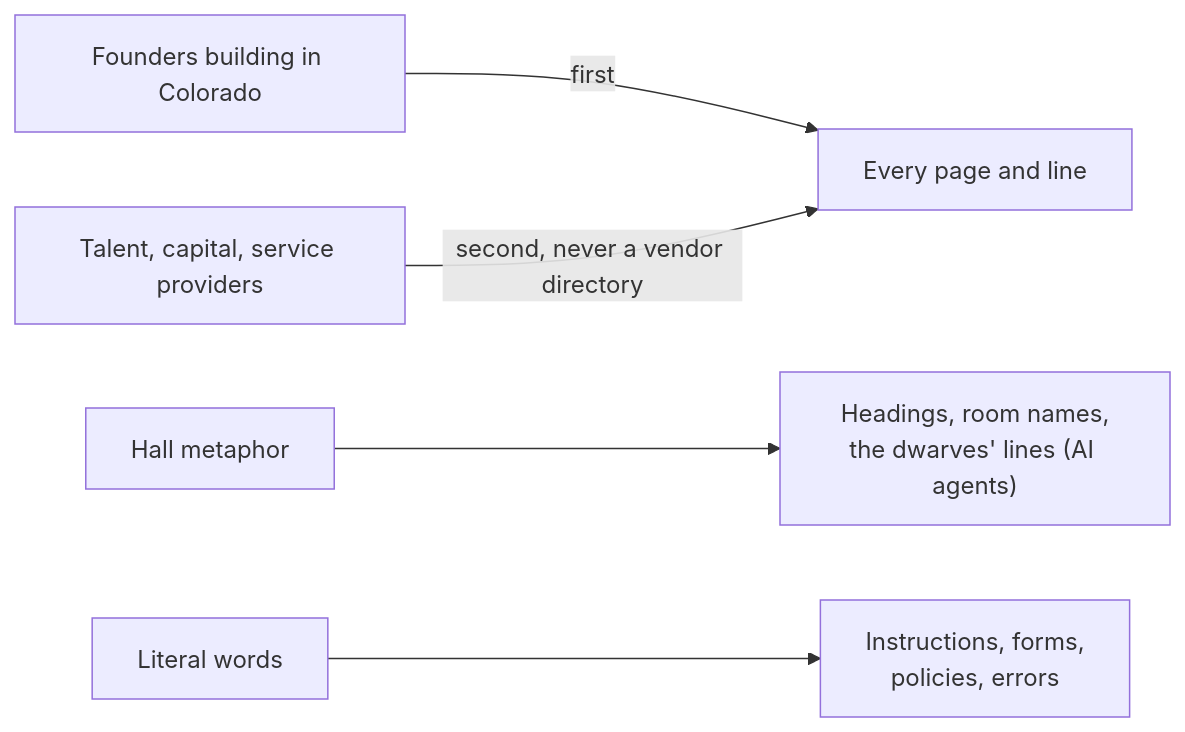
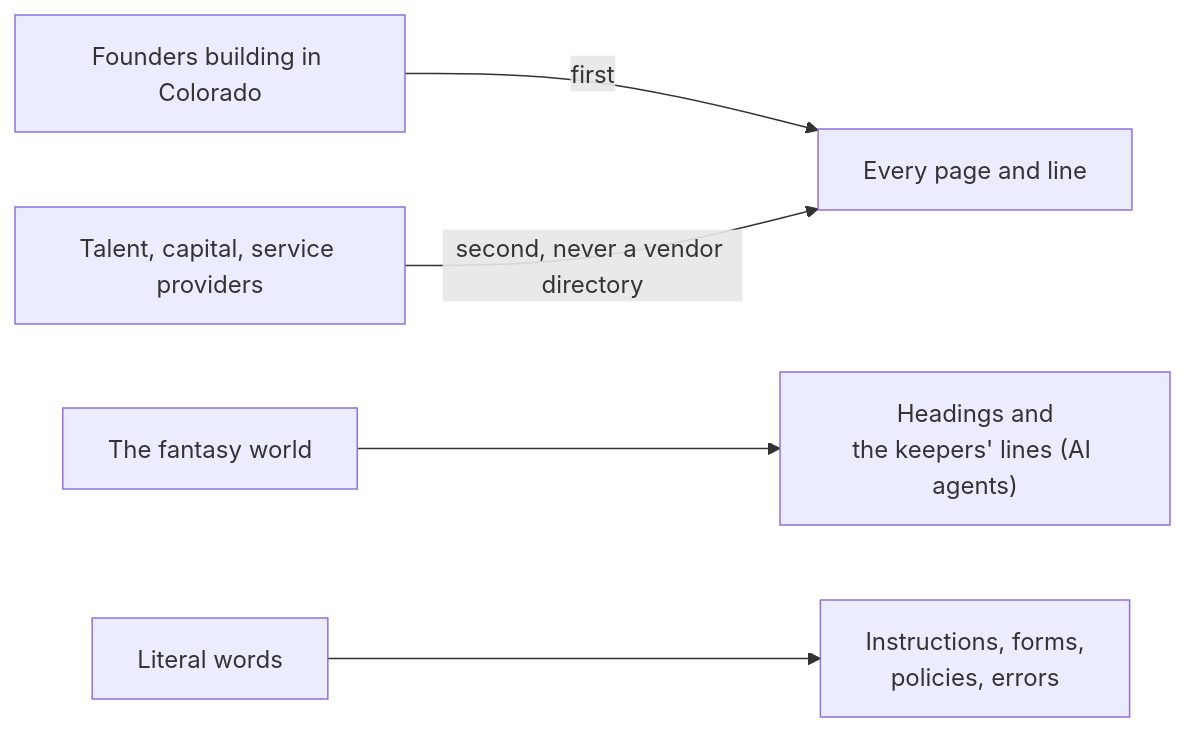
Before and after one commit to Colorado-Startups/coloradostartups.org: the diagram in 01_doctrine/voice.md, drawn with Mermaid. The commit also changed other lines of this file and 31 other files, not shown here.

````diff
--- a/01_doctrine/voice.md
+++ b/01_doctrine/voice.md
@@ -27,7 +27,7 @@
 ```mermaid
 flowchart LR
   F["Founders building in Colorado"] -->|"first"| P["Every page and line"]
   W["Talent, capital, service providers"] -->|"second, never a vendor directory"| P
-  M["Hall metaphor"] --> HR["Headings, room names,<br/>the dwarves' lines (AI agents)"]
+  M["The fantasy world"] --> HR["Headings and<br/>the keepers' lines (AI agents)"]
   LT["Literal words"] --> IF["Instructions, forms,<br/>policies, errors"]
 ```
````
